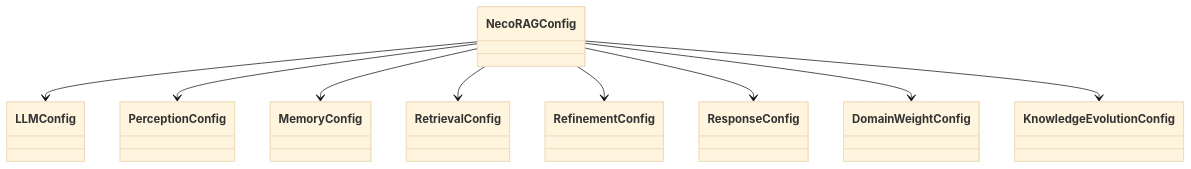
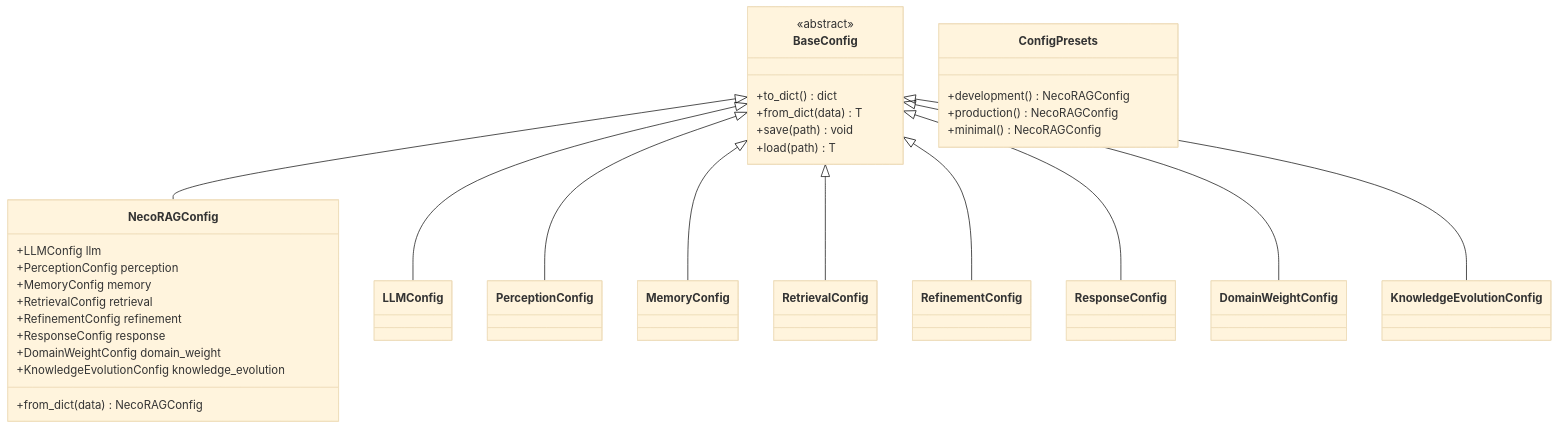
Before and after one commit to JieGaoPrinceton/NecoRAG: the fifth of 9 diagrams in .qoder/repowiki/zh/content/核心架构设计/配置管理系统.md, drawn with Mermaid (base theme). The commit also changed other lines of this file and 181 other files, not shown here.

````diff
--- a/.qoder/repowiki/zh/content/核心架构设计/配置管理系统.md
+++ b/.qoder/repowiki/zh/content/核心架构设计/配置管理系统.md
@@ -192,19 +240,35 @@
 ```mermaid
 classDiagram
-class LLMConfig
-class PerceptionConfig
-class MemoryConfig
-class RetrievalConfig
-class RefinementConfig
-class ResponseConfig
-class DomainWeightConfig
-class KnowledgeEvolutionConfig
-NecoRAGConfig --> LLMConfig
-NecoRAGConfig --> PerceptionConfig
-NecoRAGConfig --> MemoryConfig
-NecoRAGConfig --> RetrievalConfig
-NecoRAGConfig --> RefinementConfig
-NecoRAGConfig --> ResponseConfig
-NecoRAGConfig --> DomainWeightConfig
-NecoRAGConfig --> KnowledgeEvolutionConfig
+class BaseConfig {
+<<abstract>>
++to_dict() dict
++from_dict(data) T
++save(path) void
++load(path) T
+}
+class NecoRAGConfig {
++LLMConfig llm
++PerceptionConfig perception
++MemoryConfig memory
++RetrievalConfig retrieval
++RefinementConfig refinement
++ResponseConfig response
++DomainWeightConfig domain_weight
++KnowledgeEvolutionConfig knowledge_evolution
++from_dict(data) NecoRAGConfig
+}
+class ConfigPresets {
++development() NecoRAGConfig
++production() NecoRAGConfig
++minimal() NecoRAGConfig
+}
+BaseConfig <|-- NecoRAGConfig
+BaseConfig <|-- LLMConfig
+BaseConfig <|-- PerceptionConfig
+BaseConfig <|-- MemoryConfig
+BaseConfig <|-- RetrievalConfig
+BaseConfig <|-- RefinementConfig
+BaseConfig <|-- ResponseConfig
+BaseConfig <|-- DomainWeightConfig
+BaseConfig <|-- KnowledgeEvolutionConfig
 ```
````
